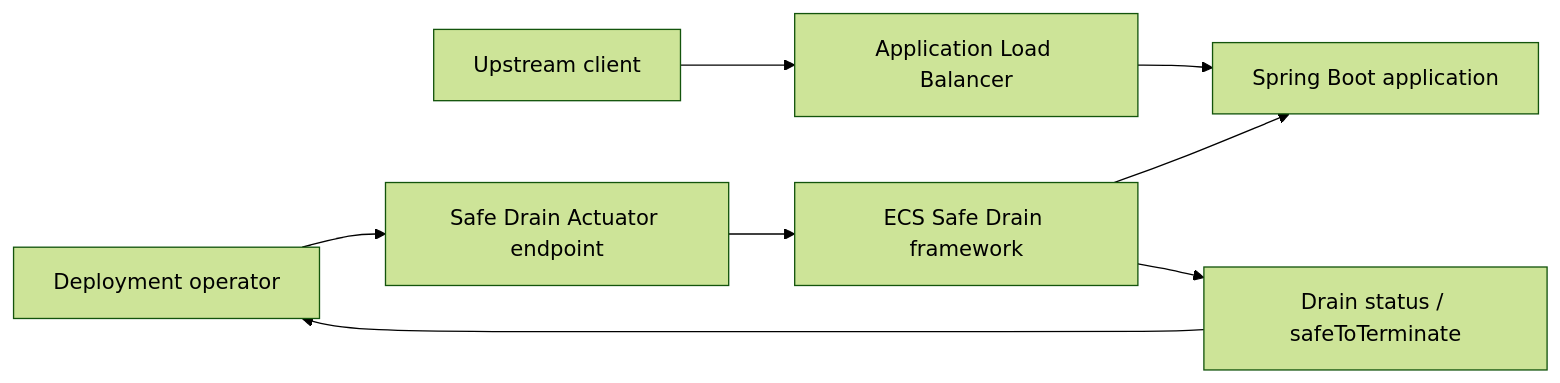
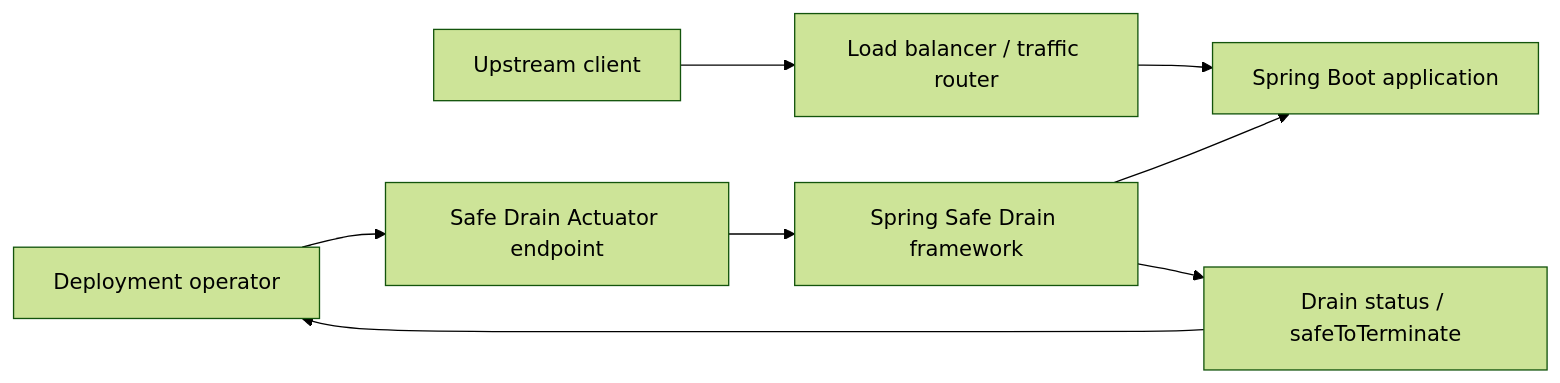
Before and after one commit to saitarungunda18/spring-safe-drain: the first of 6 diagrams in docs/architecture.md, drawn with Mermaid (forest theme). The commit also changed other lines of this file and 54 other files, not shown here.

Commit message:
Rename project to Spring Safe Drain

````diff
--- a/docs/architecture.md
+++ b/docs/architecture.md
@@ -7,10 +7,10 @@
 ```mermaid
 flowchart LR
-    U["Upstream client"] --> ALB["Application Load Balancer"]
-    ALB --> APP["Spring Boot application"]
+    U["Upstream client"] --> ROUTER["Load balancer / traffic router"]
+    ROUTER --> APP["Spring Boot application"]
     OPS["Deployment operator"] --> EP["Safe Drain Actuator endpoint"]
-    EP --> FW["ECS Safe Drain framework"]
+    EP --> FW["Spring Safe Drain framework"]
     FW --> APP
     FW --> STATUS["Drain status / safeToTerminate"]
     STATUS --> OPS
 ```
````
